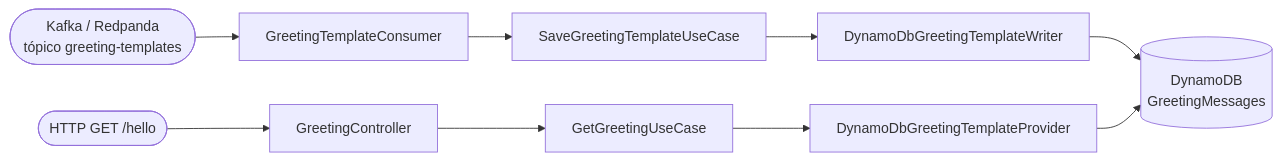
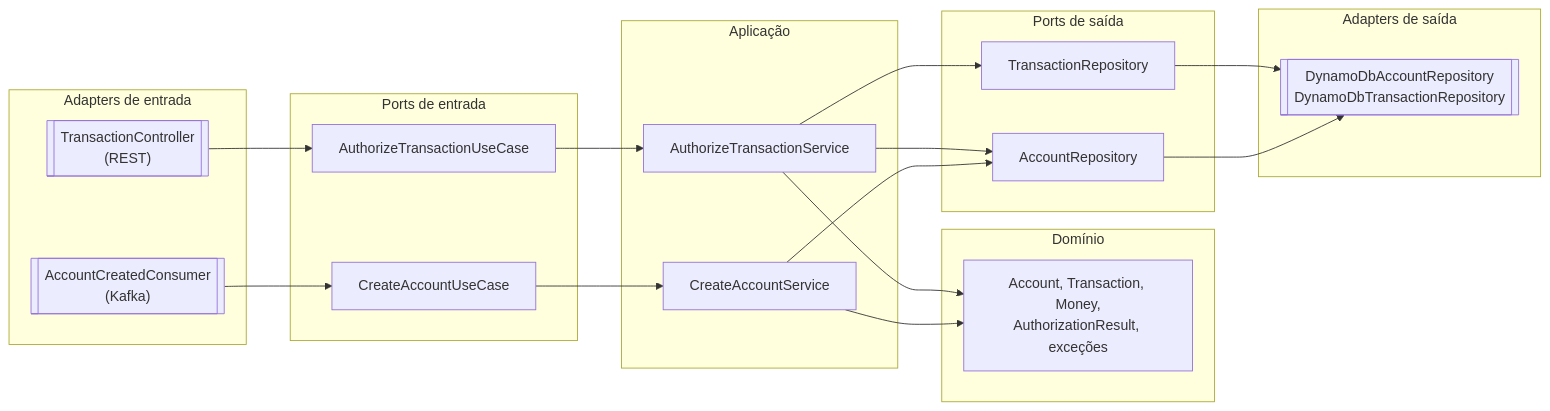
One commit to valliim/itau-code-challange changed the first of 3 diagrams in README.md. Above: the diagram before and after it, drawn with Mermaid. The commit also changed other lines of this file, not shown here.

````diff
--- a/README.md
+++ b/README.md
@@ -96,12 +72,36 @@
 ```mermaid
-flowchart LR
-    Kafka(["Kafka / Redpanda<br/>tópico greeting-templates"]) --> Consumer[GreetingTemplateConsumer]
-    Consumer --> SaveUC[SaveGreetingTemplateUseCase]
-    SaveUC --> Writer[DynamoDbGreetingTemplateWriter]
-    Writer --> DB[("DynamoDB<br/>GreetingMessages")]
+graph LR
+    subgraph Adapters de entrada
+        Kafka[["AccountCreatedConsumer<br/>(Kafka)"]]
+        Web[["TransactionController<br/>(REST)"]]
+    end
 
-    HTTP(["HTTP GET /hello"]) --> Controller[GreetingController]
-    Controller --> GetUC[GetGreetingUseCase]
-    GetUC --> Provider[DynamoDbGreetingTemplateProvider]
-    Provider --> DB
+    subgraph Ports de entrada
+        CreateUC[CreateAccountUseCase]
+        AuthUC[AuthorizeTransactionUseCase]
+    end
+
+    subgraph Aplicação
+        CreateSvc[CreateAccountService]
+        AuthSvc[AuthorizeTransactionService]
+    end
+
+    subgraph Domínio
+        Model[Account, Transaction, Money,<br/>AuthorizationResult, exceções]
+    end
+
+    subgraph Ports de saída
+        AccRepo[AccountRepository]
+        TxRepo[TransactionRepository]
+    end
+
+    subgraph Adapters de saída
+        Dyn[["DynamoDbAccountRepository<br/>DynamoDbTransactionRepository"]]
+    end
+
+    Kafka --> CreateUC --> CreateSvc --> AccRepo --> Dyn
+    Web --> AuthUC --> AuthSvc --> TxRepo --> Dyn
+    AuthSvc --> AccRepo
+    CreateSvc --> Model
+    AuthSvc --> Model
 ```
````
